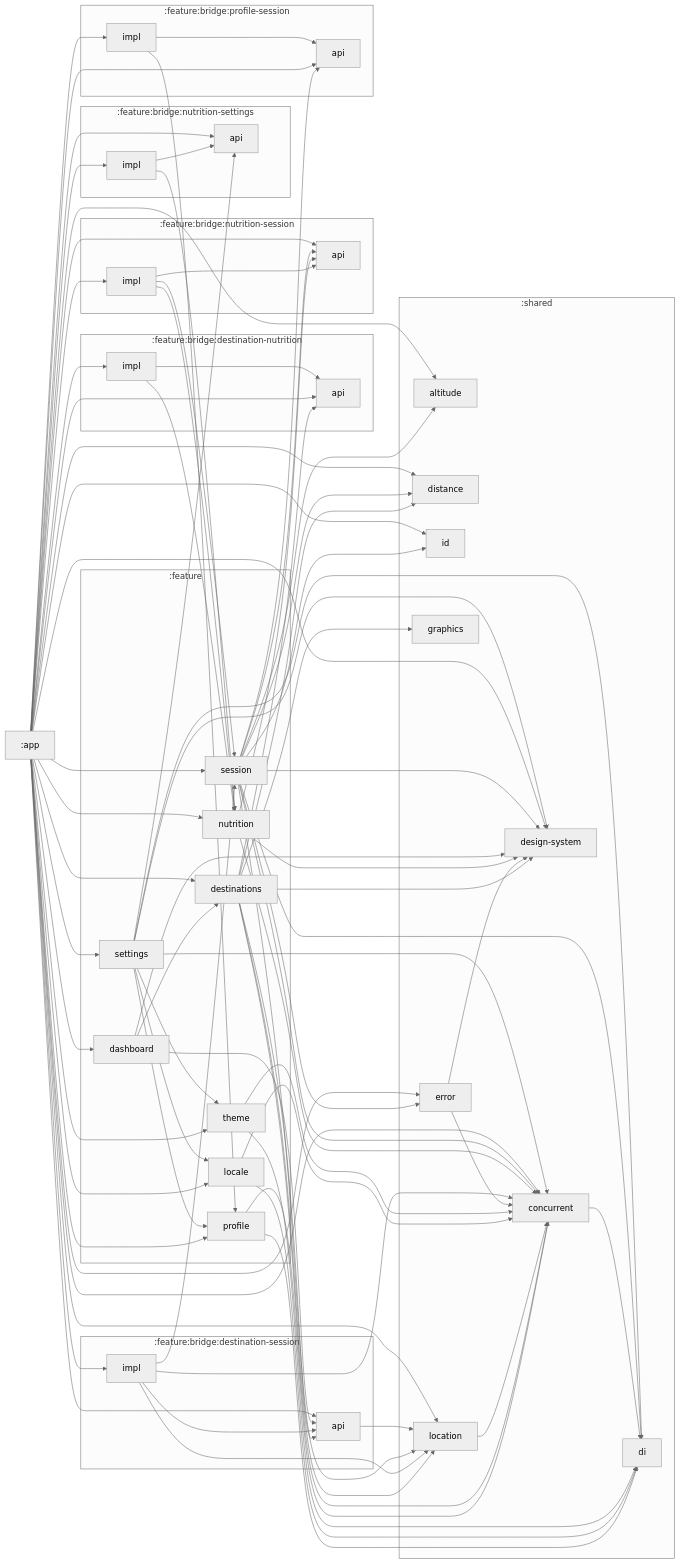
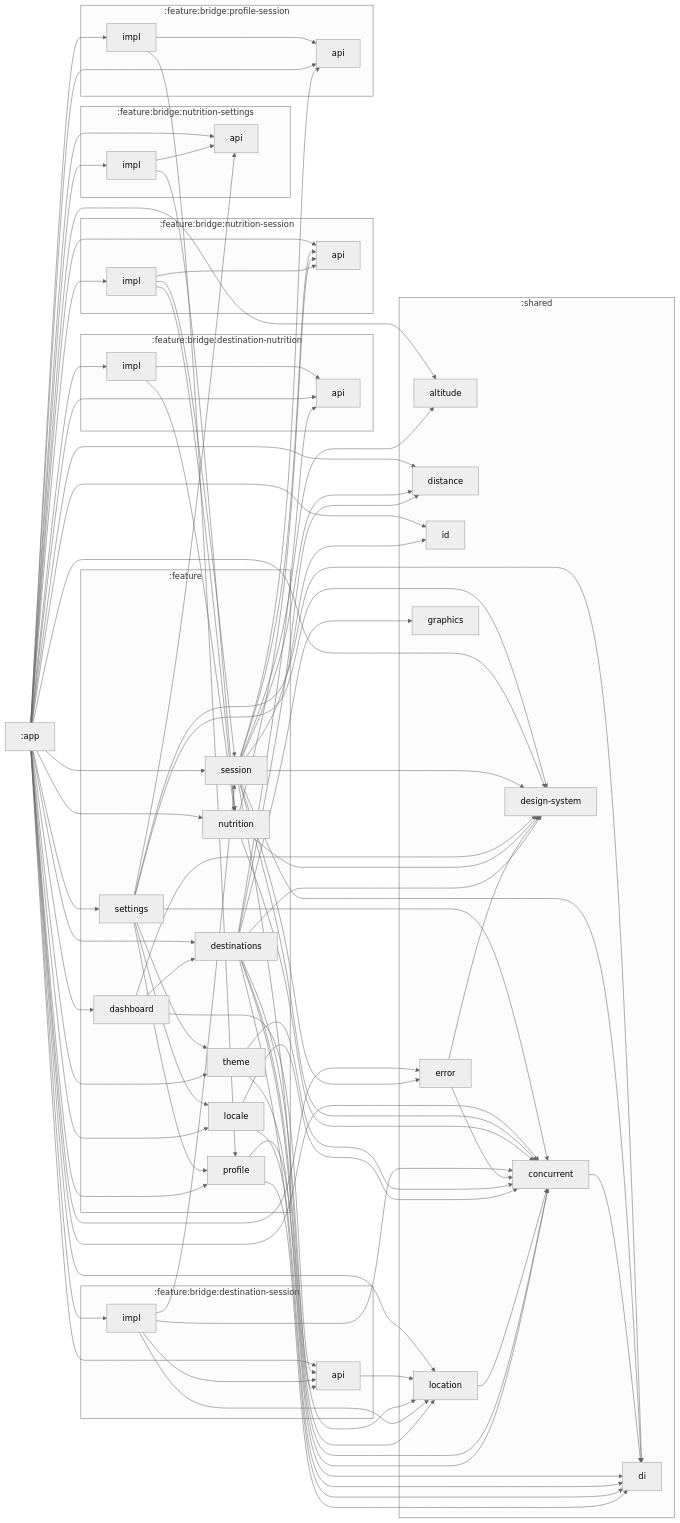
The diagram in docs/MODULE_GRAPH.md (koflox/cycling-assistant), drawn with Mermaid before and after one commit.

Commit message:
docs: update module dependency graph

```diff
--- a/docs/MODULE_GRAPH.md
+++ b/docs/MODULE_GRAPH.md
@@ -123,6 +123,7 @@
   :feature:destinations --> :feature:bridge:destination-session:api
   :feature:destinations --> :shared:concurrent
   :feature:destinations --> :shared:design-system
+  :feature:destinations --> :shared:di
   :feature:destinations --> :shared:distance
   :feature:destinations --> :shared:graphics
   :feature:destinations --> :shared:location
```
